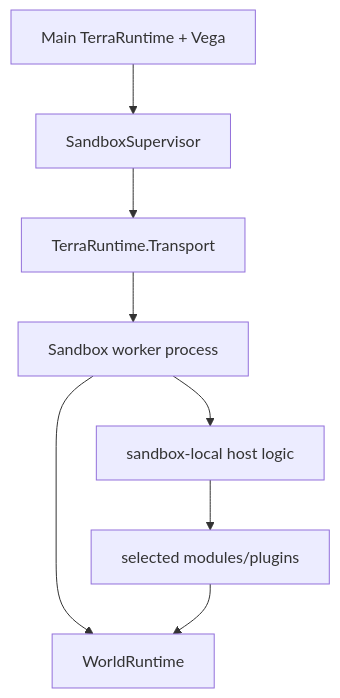
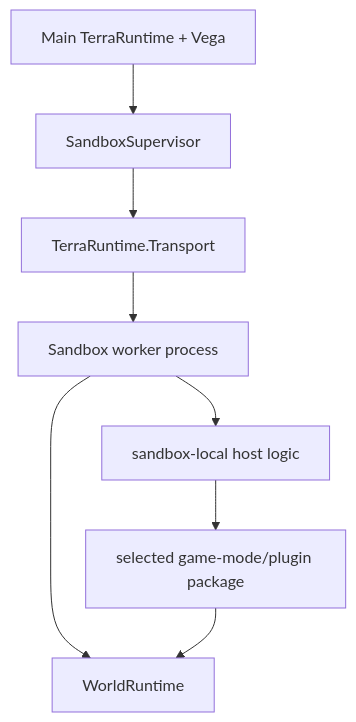
Before and after one commit to VegaKernel/TerraRuntime: the first of 5 diagrams in docs/en/sandbox/level-2.md, drawn with Mermaid. The commit also changed other lines of this file and 7 other files, not shown here.

First line of the commit message:
Define shared sandbox world sources and schematic format

````diff
--- a/docs/en/sandbox/level-2.md
+++ b/docs/en/sandbox/level-2.md
@@ -9,10 +9,10 @@
 ```mermaid
 flowchart TD
     Main["Main TerraRuntime + Vega"] --> Supervisor["SandboxSupervisor"]
     Supervisor --> Transport["TerraRuntime.Transport"]
     Transport --> Worker["Sandbox worker process"]
     Worker --> Runtime["WorldRuntime"]
     Worker --> LocalHost["sandbox-local host logic"]
-    LocalHost --> Plugins["selected modules/plugins"]
-    Plugins --> Runtime
+    LocalHost --> Plugin["selected game-mode/plugin package"]
+    Plugin --> Runtime
 ```
````
